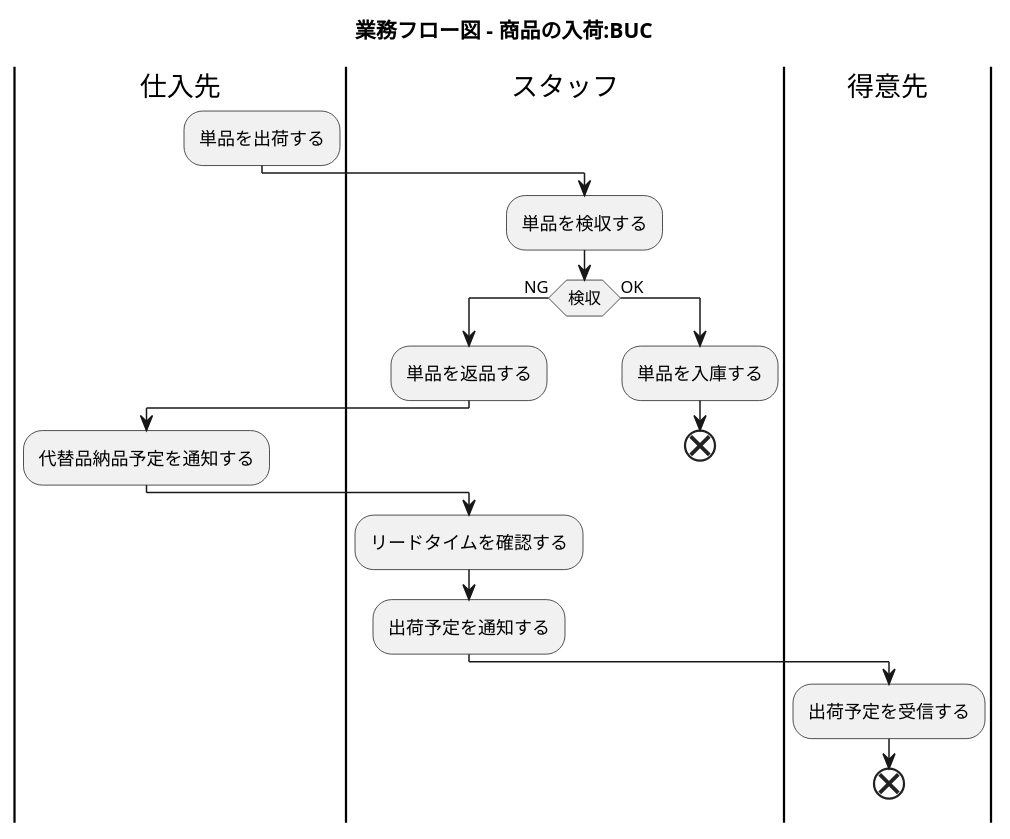
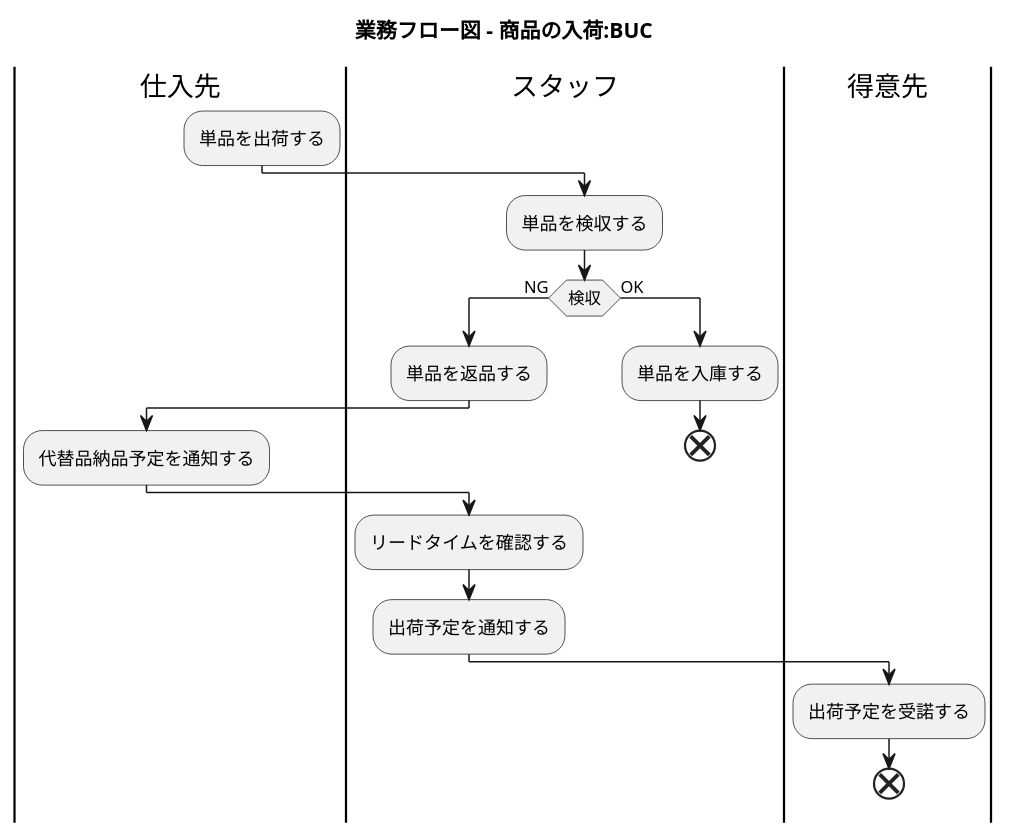
Diagram 13 of 28 in docs/index.adoc (k2works/application_programing_excercise_2022), drawn with PlantUML before and after one commit. The commit also changed other lines of this file, not shown here.

```diff
--- a/docs/index.adoc
+++ b/docs/index.adoc
@@ -466,27 +466,27 @@
 [plantuml]
 ----
 @startuml
 
 title 業務フロー図 - 商品の入荷:BUC
 |仕入先|
 :単品を出荷する;
 |スタッフ|
 :単品を検収する;
 if (検収) then (NG)
  :単品を返品する;
  |仕入先|
  :代替品納品予定を通知する;
  |スタッフ|
  :リードタイムを確認する;
  :出荷予定を通知する;
  |得意先|
- :出荷予定を受信する;
+ :出荷予定を受諾する;
  end
 else (OK)
  |スタッフ|
  :単品を入庫する;
  end
 endif
 
 @enduml
 ----
```
